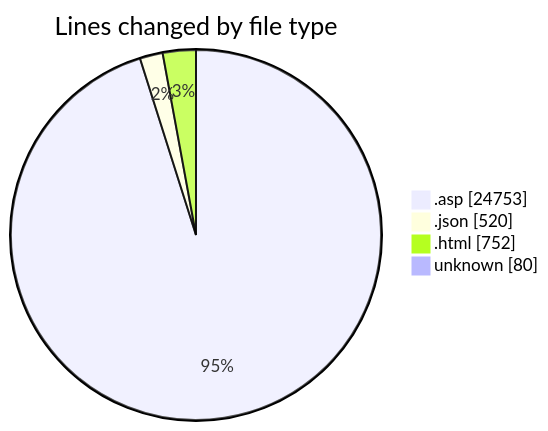
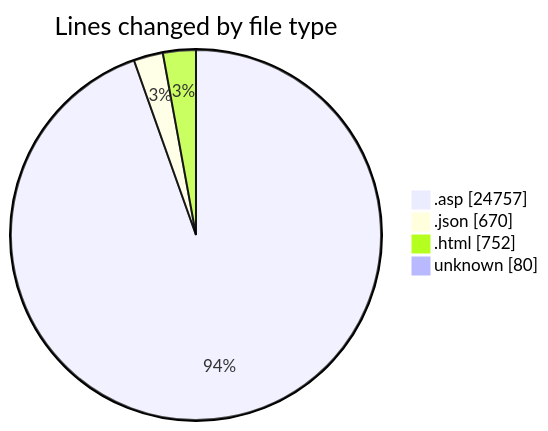
Before and after one commit to julien-gomy/code-tracking: the first of 2 diagrams in 2025-11-01/cdp_aleoudev_fr__workspace_/README.md, drawn with Mermaid. The commit also changed other lines of this file and 1 other file, not shown here.

````diff
--- a/2025-11-01/cdp_aleoudev_fr__workspace_/README.md
+++ b/2025-11-01/cdp_aleoudev_fr__workspace_/README.md
@@ -34,8 +35,8 @@
 ```mermaid
 pie showData
 title Lines changed by file type
-".asp" : 24753
-".json" : 520
+".asp" : 24757
+".json" : 670
 ".html" : 752
 "unknown" : 80
 ```
````
